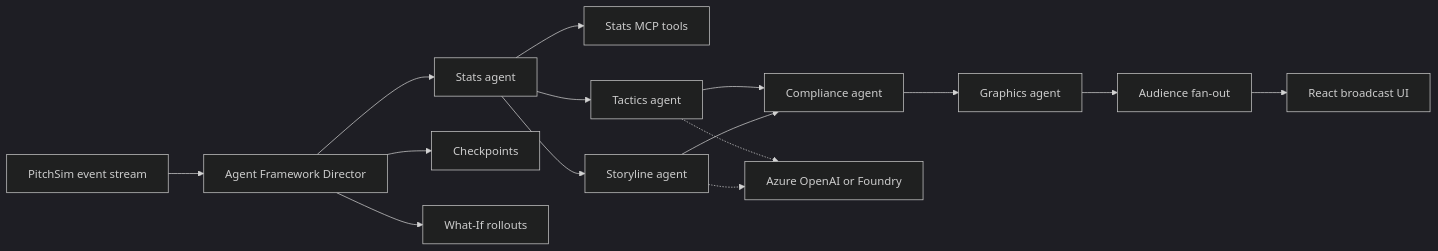
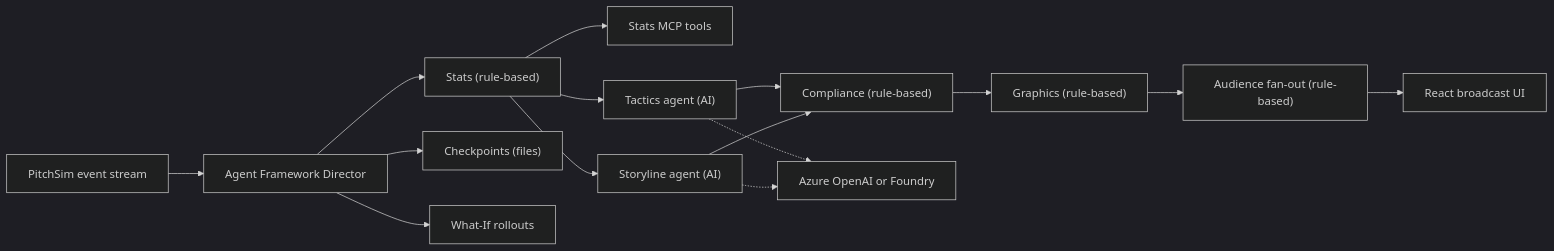
Before and after one commit to KingEmma7/playmakers-inside-the-game: the diagram in README.md, drawn with Mermaid (dark theme). The commit also changed other lines of this file and 5 other files, not shown here.

````diff
--- a/README.md
+++ b/README.md
@@ -20,17 +36,17 @@
 ```mermaid
 flowchart LR
   Sim["PitchSim event stream"] --> Director["Agent Framework Director"]
-  Director --> Stats["Stats agent"]
+  Director --> Stats["Stats (rule-based)"]
   Stats --> MCP["Stats MCP tools"]
-  Stats --> Tactics["Tactics agent"]
-  Stats --> Story["Storyline agent"]
-  Tactics --> Comp["Compliance agent"]
+  Stats --> Tactics["Tactics agent (AI)"]
+  Stats --> Story["Storyline agent (AI)"]
+  Tactics --> Comp["Compliance (rule-based)"]
   Story --> Comp
-  Comp --> Gfx["Graphics agent"]
-  Gfx --> Aud["Audience fan-out"]
+  Comp --> Gfx["Graphics (rule-based)"]
+  Gfx --> Aud["Audience fan-out (rule-based)"]
   Aud --> Web["React broadcast UI"]
-  Director --> Ckpt["Checkpoints"]
+  Director --> Ckpt["Checkpoints (files)"]
   Director --> WhatIf["What-If rollouts"]
   Tactics -.-> Models["Azure OpenAI or Foundry"]
   Story -.-> Models
 ```
````
